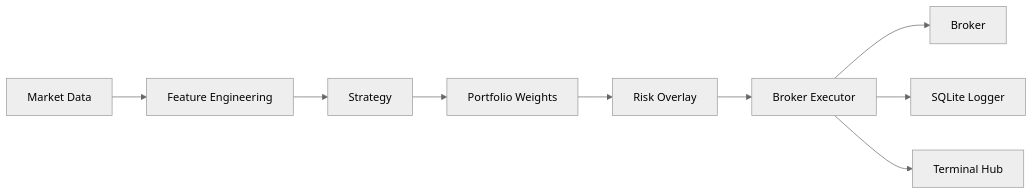
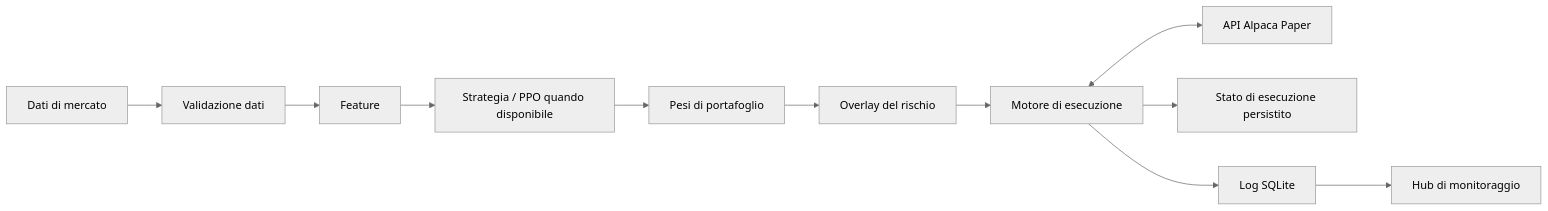
One commit to iFabbro/STMAA changed the diagram in README.md. Above: the diagram before and after it, drawn with Mermaid (neutral theme). The commit also changed other lines of this file, not shown here.

First line of the commit message:
docs: align README with current paper-trading implementation (#111)

````diff
--- a/README.md
+++ b/README.md
@@ -71,11 +35,13 @@
 ```mermaid
 flowchart LR
-  MD[Market Data] --> FE[Feature Engineering]
-  FE --> ST[Strategy]
-  ST --> PW[Portfolio Weights]
-  PW --> RO[Risk Overlay]
-  RO --> BE[Broker Executor]
-  BE --> BR[Broker]
-  BE --> LG[SQLite Logger]
-  BE --> HB[Terminal Hub]
+  MD[Dati di mercato] --> DV[Validazione dati]
+  DV --> FE[Feature]
+  FE --> ST[Strategia / PPO quando disponibile]
+  ST --> PW[Pesi di portafoglio]
+  PW --> RO[Overlay del rischio]
+  RO --> EX[Motore di esecuzione]
+  EX <--> BR[API Alpaca Paper]
+  EX --> PS[Stato di esecuzione persistito]
+  EX --> LG[Log SQLite]
+  LG --> HUB[Hub di monitoraggio]
 ```
````
